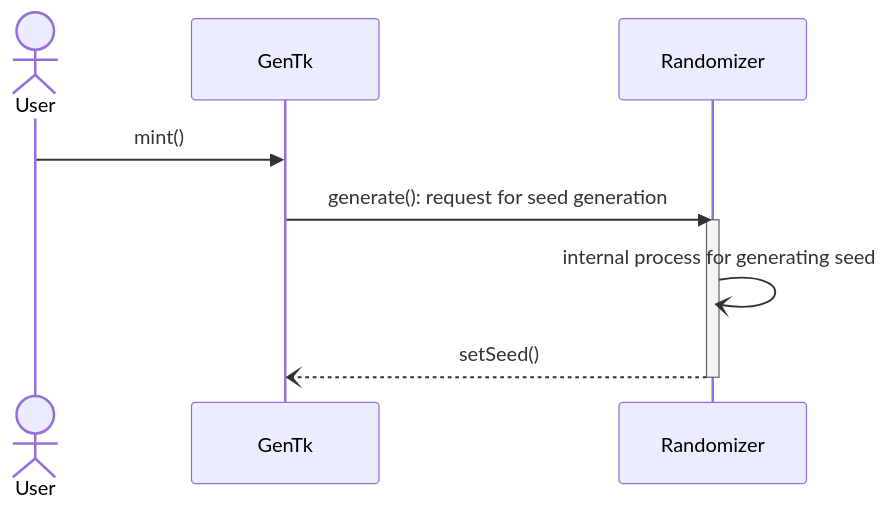
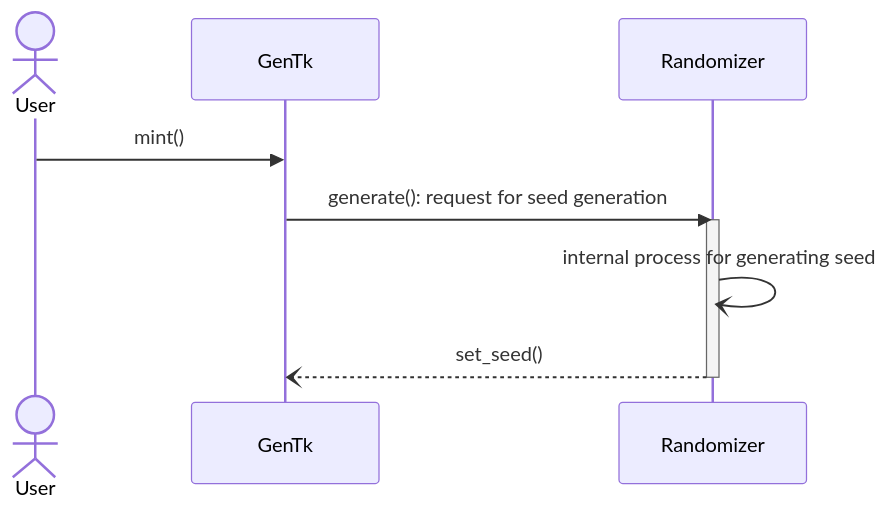
The fourth of 8 diagrams in architecture/overall.md (fxhash/fxhash-evm-core), drawn with Mermaid before and after one commit. The commit also changed other lines of this file and 2 other files, not shown here.

Commit message:
digging with user flows, starting to provide fully fledged specs

````diff
--- a/architecture/overall.md
+++ b/architecture/overall.md
@@ -148,13 +150,13 @@
 ```mermaid
 sequenceDiagram
   actor User
   participant GenTk
   participant Randomizer
 
   User->>GenTk: mint()
   GenTk->>Randomizer: generate(): request for seed generation
   activate Randomizer
   Randomizer-)Randomizer: internal process for generating seed
-  Randomizer--)GenTk: setSeed()
+  Randomizer--)GenTk: set_seed()
   deactivate Randomizer
 ```
````
